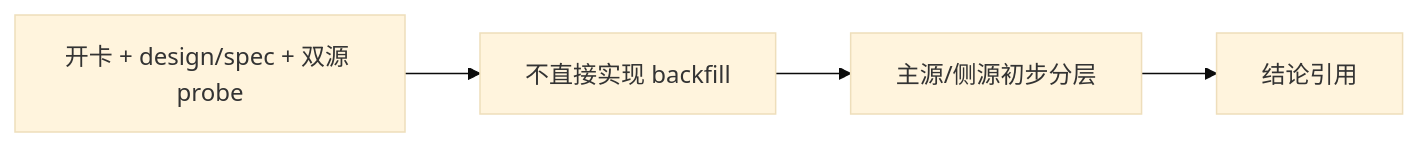
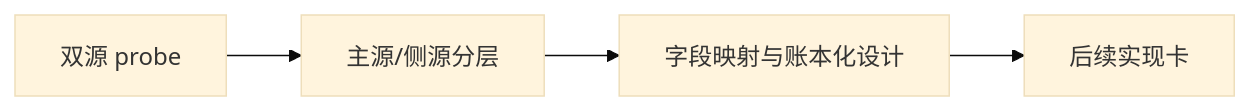
One commit to everything-is-simple/lifespan-0.01 changed the diagram in docs/03-execution/records/70-historical-objective-profile-backfill-source-selection-and-governance-record-20260415.md. Above: the diagram before and after it, drawn with Mermaid (base theme). The commit also changed other lines of this file and 5 other files, not shown here.

````diff
--- a/docs/03-execution/records/70-historical-objective-profile-backfill-source-selection-and-governance-record-20260415.md
+++ b/docs/03-execution/records/70-historical-objective-profile-backfill-source-selection-and-governance-record-20260415.md
@@ -36,6 +35,6 @@
 ```mermaid
 flowchart LR
-    STEP["开卡 + design/spec + 双源 probe"] --> DEV["不直接实现 backfill"]
-    DEV --> NOTE["主源/侧源初步分层"]
-    NOTE --> CON[结论引用]
+    STEP["双源 probe"] --> DEC["主源/侧源分层"]
+    DEC --> MAP["字段映射与账本化设计"]
+    MAP --> NEXT["后续实现卡"]
 ```
````
